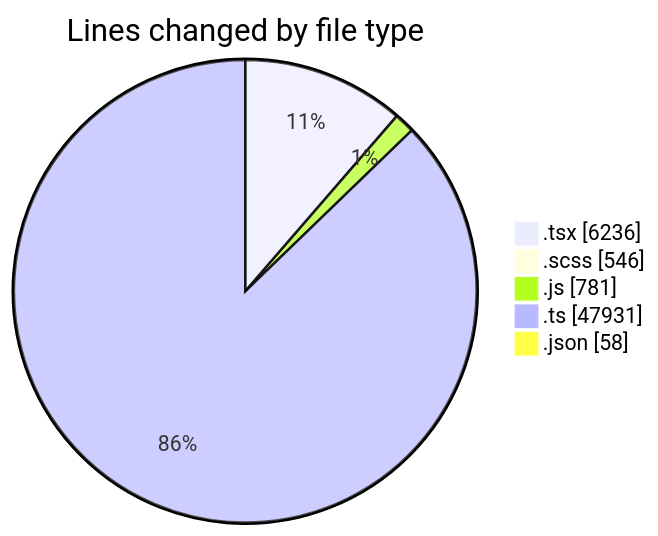
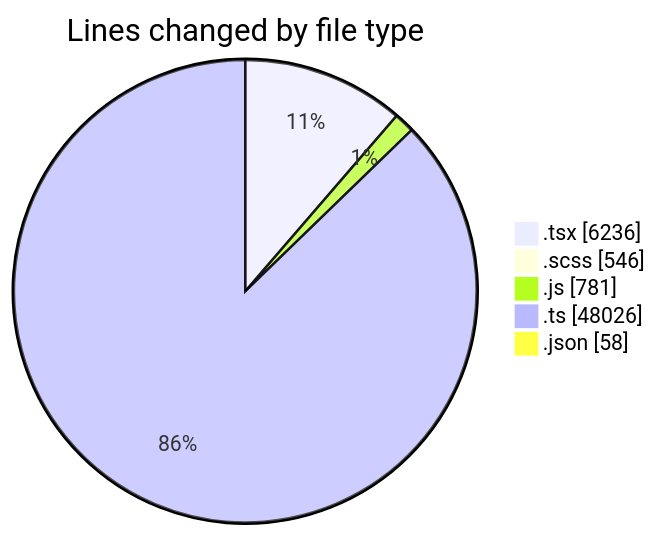
The first of 2 diagrams in 2025-11-11/cda/README.md (momahboobian/code-tracking), drawn with Mermaid before and after one commit. The commit also changed other lines of this file and 1 other file, not shown here.

````diff
--- a/2025-11-11/cda/README.md
+++ b/2025-11-11/cda/README.md
@@ -37,9 +38,9 @@
 ```mermaid
 pie showData
 title Lines changed by file type
 ".tsx" : 6236
 ".scss" : 546
 ".js" : 781
-".ts" : 47931
+".ts" : 48026
 ".json" : 58
 ```
````
